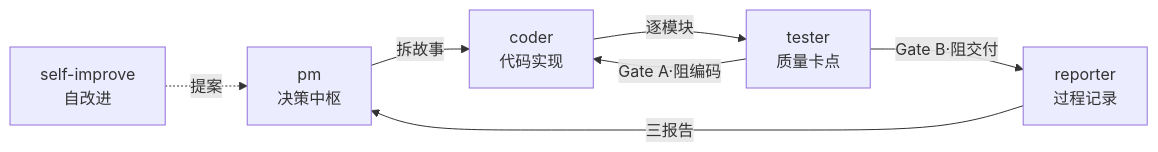
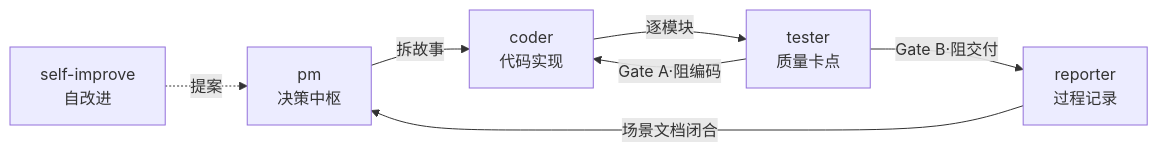
One commit to effiy/YrY changed the fourth of 4 diagrams in README.md. Above: the diagram before and after it, drawn with Mermaid. The commit also changed other lines of this file and 3 other files, not shown here.

````diff
--- a/README.md
+++ b/README.md
@@ -127,9 +114,9 @@
 ```mermaid
 flowchart LR
     PM[pm<br>决策中枢] -->|拆故事| CODER[coder<br>代码实现]
     CODER -->|逐模块| TESTER[tester<br>质量卡点]
     TESTER -->|Gate A·阻编码| CODER
     TESTER -->|Gate B·阻交付| REPORTER[reporter<br>过程记录]
-    REPORTER -->|三报告| PM
+    REPORTER -->|场景文档闭合| PM
     SI[self-improve<br>自改进] -.提案.-> PM
 ```
````
